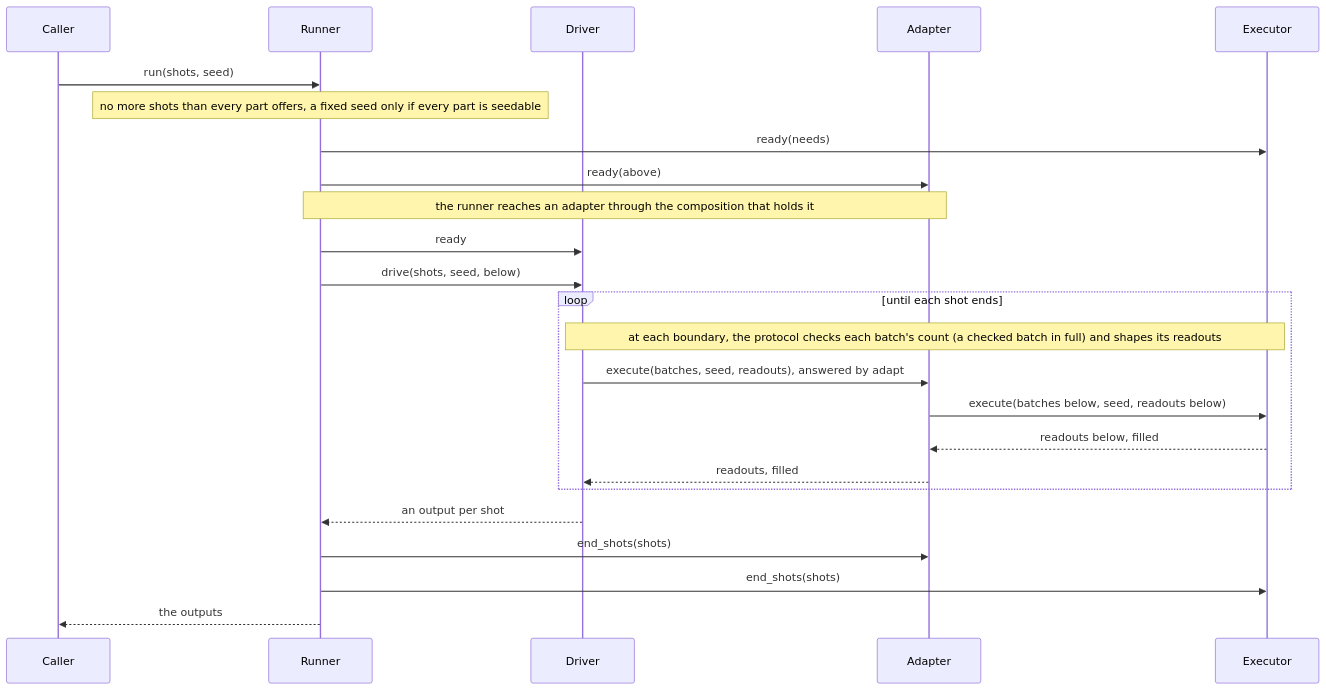
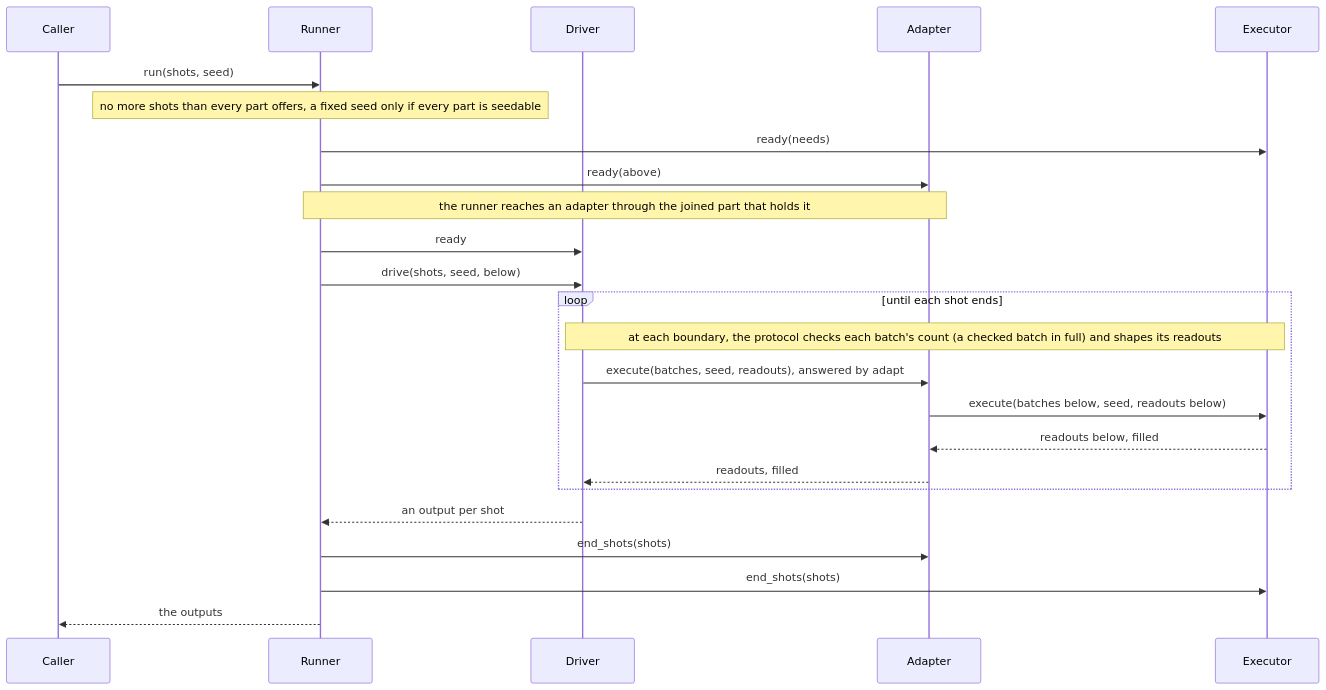
Before and after one commit to microsoft/qdk: the diagram in source/executor_protocol/README.md, drawn with Mermaid. The commit also changed other lines of this file and 69 other files, not shown here.

First line of the commit message:
executor_protocol: one trait per role, joined with `through` and `on`

````diff
--- a/source/executor_protocol/README.md
+++ b/source/executor_protocol/README.md
@@ -225,26 +225,26 @@
 ```mermaid
 sequenceDiagram
   participant C as Caller
   participant R as Runner
   participant D as Driver
   participant A as Adapter
   participant E as Executor
   C->>R: run(shots, seed)
   Note over R: no more shots than every part offers, a fixed seed only if every part is seedable
   R->>E: ready(needs)
   R->>A: ready(above)
-  Note over R,A: the runner reaches an adapter through the composition that holds it
+  Note over R,A: the runner reaches an adapter through the joined part that holds it
   R->>D: ready
   R->>D: drive(shots, seed, below)
   loop until each shot ends
     Note over D,E: at each boundary, the protocol checks each batch's count (a checked batch in full) and shapes its readouts
     D->>A: execute(batches, seed, readouts), answered by adapt
     A->>E: execute(batches below, seed, readouts below)
     E-->>A: readouts below, filled
     A-->>D: readouts, filled
   end
   D-->>R: an output per shot
   R->>A: end_shots(shots)
   R->>E: end_shots(shots)
   R-->>C: the outputs
 ```
````
